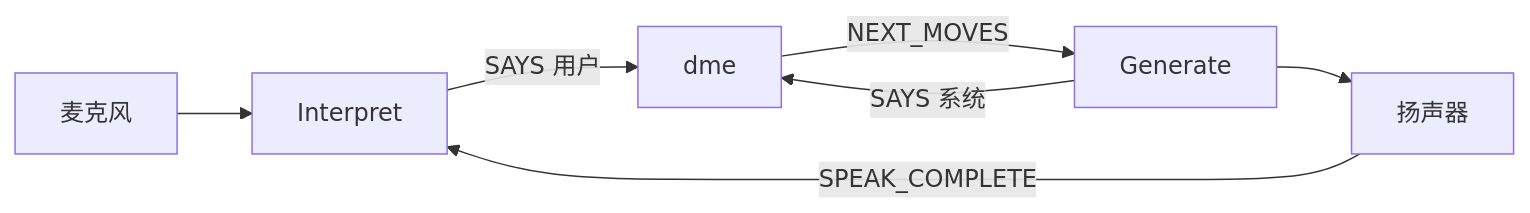
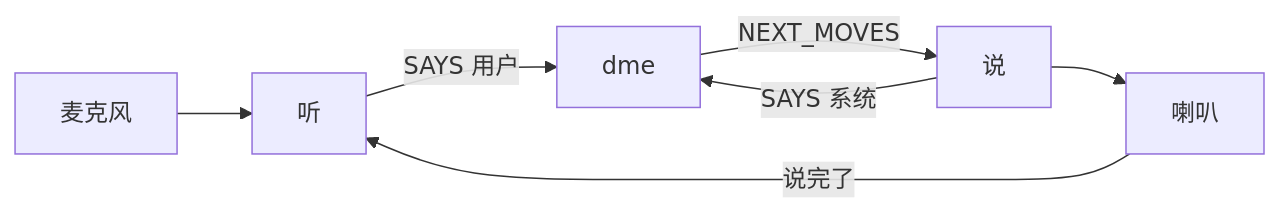
Before and after one commit to GU-CLASP/dialogue-systems-2-2026: the diagram in Docs/Lab2/isu.md, drawn with Mermaid. The commit also changed other lines of this file and 11 other files, not shown here.

````diff
--- a/Docs/Lab2/isu.md
+++ b/Docs/Lab2/isu.md
@@ -114,9 +115,9 @@
 ```mermaid
 flowchart LR
-  mic[麦克风] --> rec[Interpret]
+  mic[麦克风] --> rec[听]
   rec -->|SAYS 用户| eng[dme]
-  eng -->|NEXT_MOVES| gen[Generate]
+  eng -->|NEXT_MOVES| gen[说]
   gen -->|SAYS 系统| eng
-  gen --> spk[扬声器]
-  spk -->|SPEAK_COMPLETE| rec
+  gen --> spk[喇叭]
+  spk -->|说完了| rec
 ```
````
